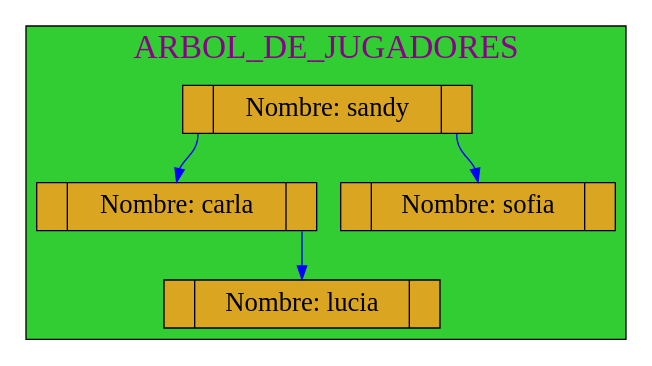
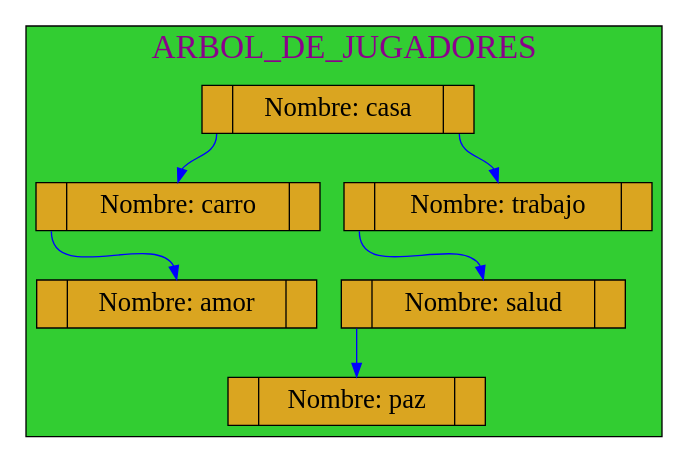
One commit to mariotun/EDD_1S2020_PY1_201602942 changed the diagram in Graficas/Arbol_Jugadores.dot. Above: the diagram before and after it, drawn with Graphviz. The commit also changed 19 other files, not shown here.

```diff
--- a/Graficas/Arbol_Jugadores.dot
+++ b/Graficas/Arbol_Jugadores.dot
@@ -1,26 +1,33 @@
 digraph ArbolBB{
 subgraph cluster_1 {
 
 label= "ARBOL_DE_JUGADORES ";
 labelloc=t;
 fontcolor=magenta4;
 fontname=algerian
 fontsize=25;
 style=filled;
 fillcolor=limegreen;
 node[shape=record,height=0.5 style=filled fontcolor=black fillcolor=goldenrod fontsize=20 ];
 
 
-25770483664[label="<f0> |<f1>Nombre: sandy |<f2> " ]; 
-25770483920[label="<f0> |<f1>Nombre: carla |<f2>" ]
-25770483392[label="<f0> |<f1>Nombre: lucia |<f2>" ]
-25770483392[label="<f0> |<f1>Nombre: lucia |<f2>" ]
-25770483232[label="<f0> |<f1>Nombre: sofia |<f2>" ]
+25770475840[label="<f0> |<f1>Nombre: casa |<f2> " ]; 
+25770476048[label="<f0> |<f1>Nombre: carro |<f2>" ]
+25770476448[label="<f0> |<f1>Nombre: trabajo |<f2>" ]
+25770476256[label="<f0> |<f1>Nombre: salud |<f2>" ]
+25770476256[label="<f0> |<f1>Nombre: salud |<f2>" ]
+25770477264[label="<f0> |<f1>Nombre: paz |<f2>" ]
+25770477264[label="<f0> |<f1>Nombre: paz |<f2>" ]
+25770477264[label="<f0> |<f1>Nombre: paz |<f2>" ]
+25770476704[label="<f0> |<f1>Nombre: amor |<f2>" ]
+25770476704[label="<f0> |<f1>Nombre: amor |<f2>" ]
 
-25770483664:f0->25770483920:f1 [color=blue]
-25770483920:f2->25770483392:f1 [color=blue ]
-25770483664:f2->25770483232:f1 [color=blue ]
+25770475840:f0->25770476048:f1 [color=blue]
+25770475840:f2->25770476448:f1 [color=blue ]
+25770476448:f0->25770476256:f1 [color=blue]
+25770476256:f0->25770477264:f1 [color=blue]
+25770476048:f0->25770476704:f1 [color=blue]
 
  }
 
  }
```
